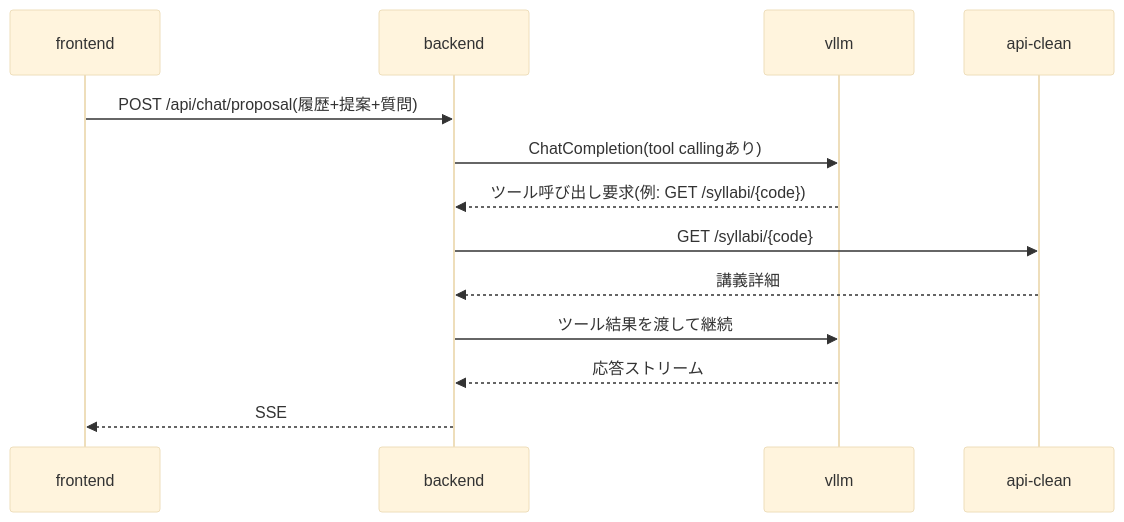
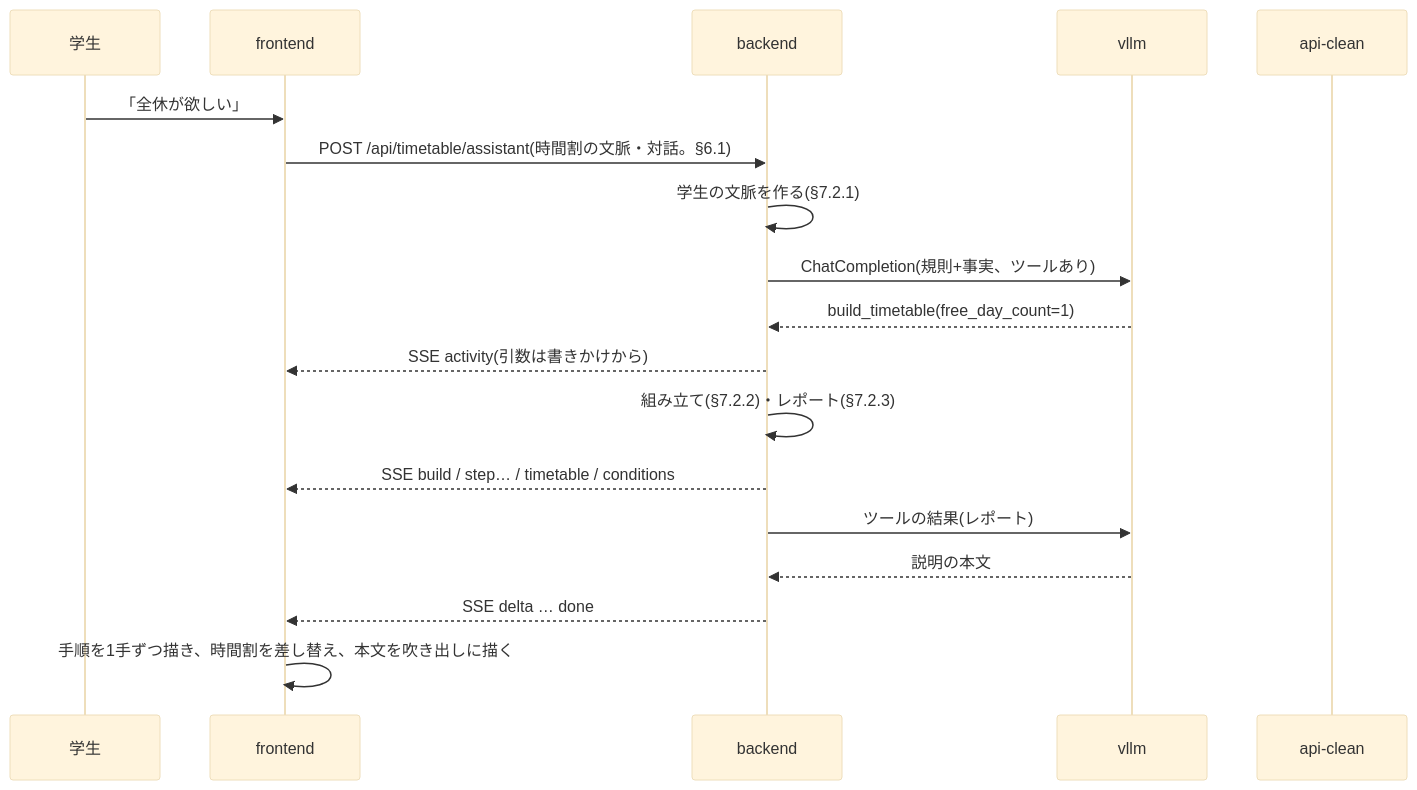
One commit to ProjectResearch2026/Syllabel changed the third of 4 diagrams in docs/design/05-interfaces.md. Above: the diagram before and after it, drawn with Mermaid (base theme). The commit also changed other lines of this file and 95 other files, not shown here.

````diff
--- a/docs/design/05-interfaces.md
+++ b/docs/design/05-interfaces.md
@@ -487,15 +542,20 @@
 ```mermaid
 sequenceDiagram
+  participant User as 学生
   participant FE as frontend
   participant BE as backend
   participant LLM as vllm
   participant API as api-clean
-  FE->>BE: POST /api/chat/proposal(履歴+提案+質問)
-  BE->>LLM: ChatCompletion(tool callingあり)
-  LLM-->>BE: ツール呼び出し要求(例: GET /syllabi/{code})
-  BE->>API: GET /syllabi/{code}
-  API-->>BE: 講義詳細
-  BE->>LLM: ツール結果を渡して継続
-  LLM-->>BE: 応答ストリーム
-  BE-->>FE: SSE
+  User->>FE: 「全休が欲しい」
+  FE->>BE: POST /api/timetable/assistant(時間割の文脈・対話。§6.1)
+  BE->>BE: 学生の文脈を作る(§7.2.1)
+  BE->>LLM: ChatCompletion(規則+事実、ツールあり)
+  LLM-->>BE: build_timetable(free_day_count=1)
+  BE-->>FE: SSE activity(引数は書きかけから)
+  BE->>BE: 組み立て(§7.2.2)・レポート(§7.2.3)
+  BE-->>FE: SSE build / step… / timetable / conditions
+  BE->>LLM: ツールの結果(レポート)
+  LLM-->>BE: 説明の本文
+  BE-->>FE: SSE delta … done
+  FE->>FE: 手順を1手ずつ描き、時間割を差し替え、本文を吹き出しに描く
 ```
````
